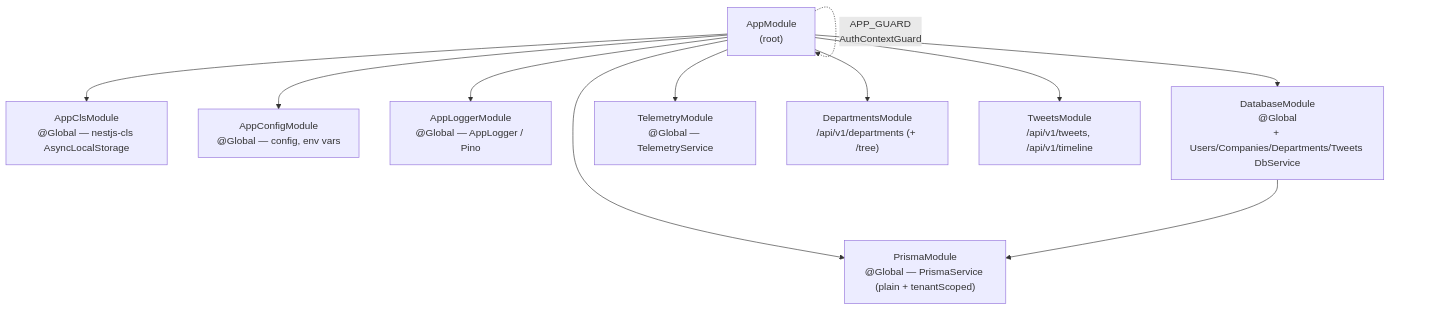
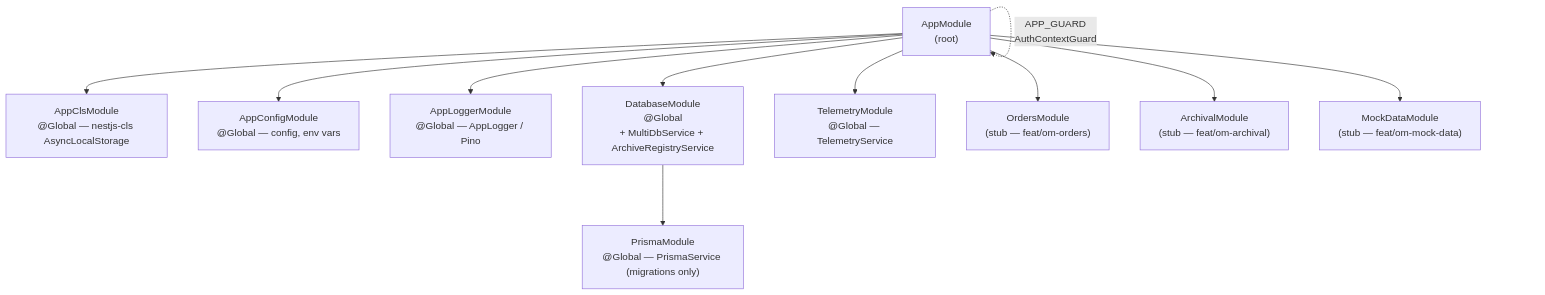
Before and after one commit to gauravprwl14/nestjs-boilerplate: the diagram in docs/architecture/service-architecture.md, drawn with Mermaid. The commit also changed other lines of this file and 12 other files, not shown here.

````diff
--- a/docs/architecture/service-architecture.md
+++ b/docs/architecture/service-architecture.md
@@ -7,26 +7,27 @@
 ```mermaid
 graph TD
     AppModule["AppModule\n(root)"]
 
     AppClsModule["AppClsModule\n@Global — nestjs-cls AsyncLocalStorage"]
     AppConfigModule["AppConfigModule\n@Global — config, env vars"]
     AppLoggerModule["AppLoggerModule\n@Global — AppLogger / Pino"]
-    PrismaModule["PrismaModule\n@Global — PrismaService (plain + tenantScoped)"]
-    DatabaseModule["DatabaseModule\n@Global\n+ Users/Companies/Departments/Tweets DbService"]
+    PrismaModule["PrismaModule\n@Global — PrismaService (migrations only)"]
+    DatabaseModule["DatabaseModule\n@Global\n+ MultiDbService + ArchiveRegistryService"]
     TelemetryModule["TelemetryModule\n@Global — TelemetryService"]
 
-    DepartmentsModule["DepartmentsModule\n/api/v1/departments (+ /tree)"]
-    TweetsModule["TweetsModule\n/api/v1/tweets, /api/v1/timeline"]
+    OrdersModule["OrdersModule\n(stub — feat/om-orders)"]
+    ArchivalModule["ArchivalModule\n(stub — feat/om-archival)"]
+    MockDataModule["MockDataModule\n(stub — feat/om-mock-data)"]
 
     AppModule --> AppClsModule
     AppModule --> AppConfigModule
     AppModule --> AppLoggerModule
-    AppModule --> PrismaModule
     AppModule --> DatabaseModule
     AppModule --> TelemetryModule
-    AppModule --> DepartmentsModule
-    AppModule --> TweetsModule
+    AppModule --> OrdersModule
+    AppModule --> ArchivalModule
+    AppModule --> MockDataModule
 
     DatabaseModule --> PrismaModule
     AppModule -.->|"APP_GUARD\nAuthContextGuard"| AppModule
 ```
````
